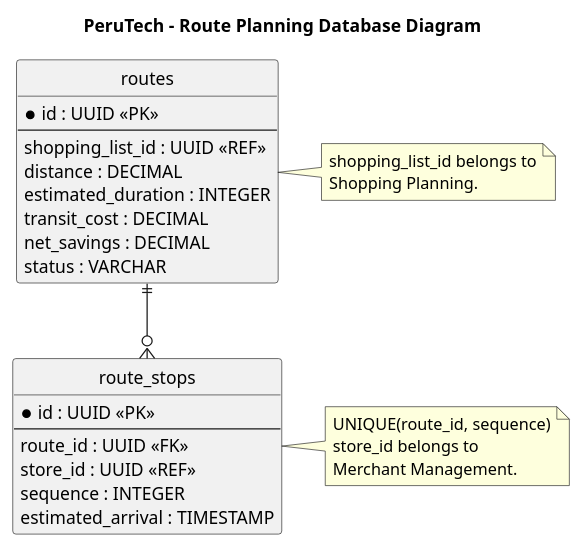
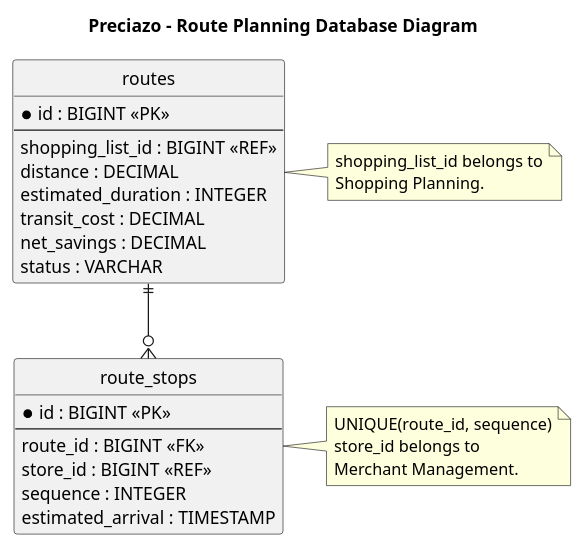
Before and after one commit to Open-Source-1ASI0729-2620-7750/PeruTech-Report: the diagram in docs/architecture/database/route-planning.puml, drawn with PlantUML. The commit also changed 30 other files, not shown here.

Commit message:
docs(architecture): use numeric database identifiers

```diff
--- a/docs/architecture/database/route-planning.puml
+++ b/docs/architecture/database/route-planning.puml
@@ -1,41 +1,41 @@
-@startuml PeruTech_DB_Route_Planning
+@startuml Preciazo_DB_Route_Planning
 
-title PeruTech - Route Planning Database Diagram
+title Preciazo - Route Planning Database Diagram
 
 hide circle
 skinparam linetype ortho
 
 entity routes {
-    * id : UUID <<PK>>
+    * id : BIGINT <<PK>>
     --
-    shopping_list_id : UUID <<REF>>
+    shopping_list_id : BIGINT <<REF>>
     distance : DECIMAL
     estimated_duration : INTEGER
     transit_cost : DECIMAL
     net_savings : DECIMAL
     status : VARCHAR
 }
 
 entity route_stops {
-    * id : UUID <<PK>>
+    * id : BIGINT <<PK>>
     --
-    route_id : UUID <<FK>>
-    store_id : UUID <<REF>>
+    route_id : BIGINT <<FK>>
+    store_id : BIGINT <<REF>>
     sequence : INTEGER
     estimated_arrival : TIMESTAMP
 }
 
 routes ||--o{ route_stops
 
 note right of route_stops
   UNIQUE(route_id, sequence)
   store_id belongs to
   Merchant Management.
 end note
 
 note right of routes
   shopping_list_id belongs to
   Shopping Planning.
 end note
 
 @enduml
```
